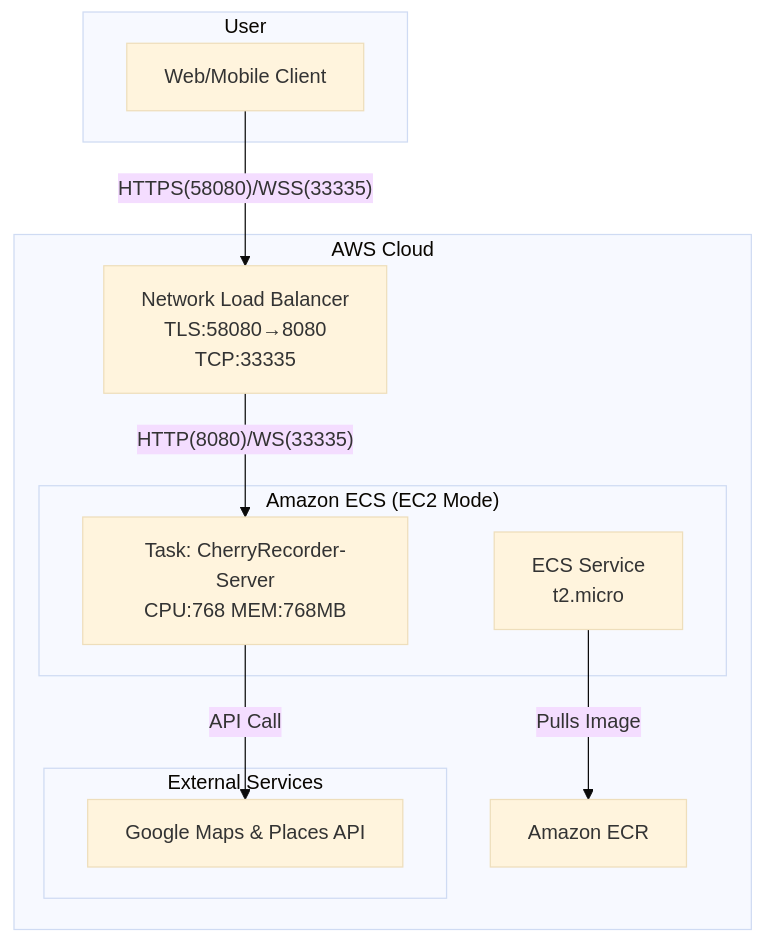
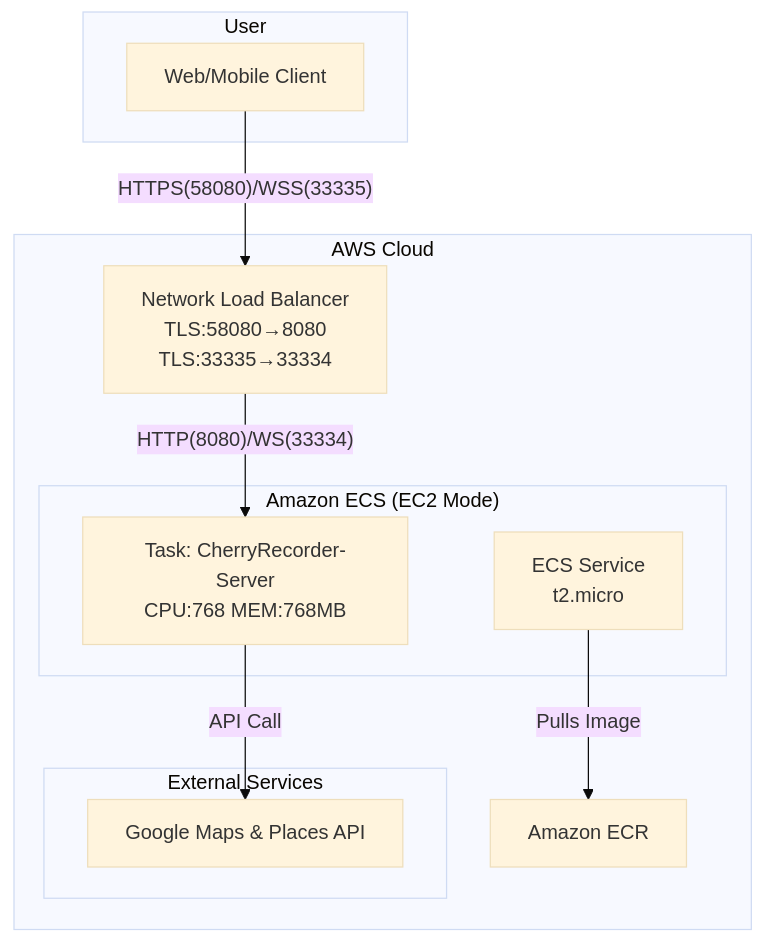
Before and after one commit to kugorang/CherryRecorder-Server: the diagram in README.md, drawn with Mermaid (base theme). The commit also changed other lines of this file and 119 other files, not shown here.

First line of the commit message:
docs: Reorganize documentation for NLB architecture

````diff
--- a/README.md
+++ b/README.md
@@ -52,23 +56,23 @@
 ```mermaid
 graph TD
     subgraph "User"
         U[Web/Mobile Client]
     end
 
     subgraph "AWS Cloud"
-        NLB[Network Load Balancer<br/>TLS:58080→8080<br/>TCP:33335]
+        NLB[Network Load Balancer<br/>TLS:58080→8080<br/>TLS:33335→33334]
         subgraph "Amazon ECS (EC2 Mode)"
             ECS[ECS Service<br/>t2.micro]
             T[Task: CherryRecorder-Server<br/>CPU:768 MEM:768MB]
         end
         ECR[Amazon ECR]
         subgraph "External Services"
             G[Google Maps & Places API]
         end
     end
 
     U -- HTTPS(58080)/WSS(33335) --> NLB
-    NLB -- HTTP(8080)/WS(33335) --> T
+    NLB -- HTTP(8080)/WS(33334) --> T
     ECS -- Pulls Image --> ECR
     T -- API Call --> G
 ```
````
